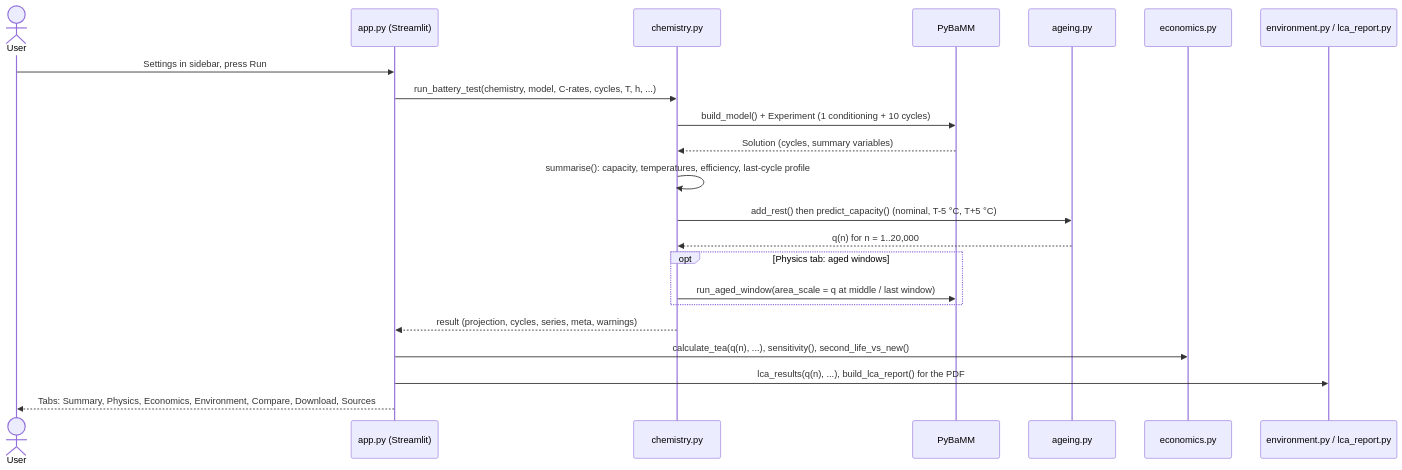
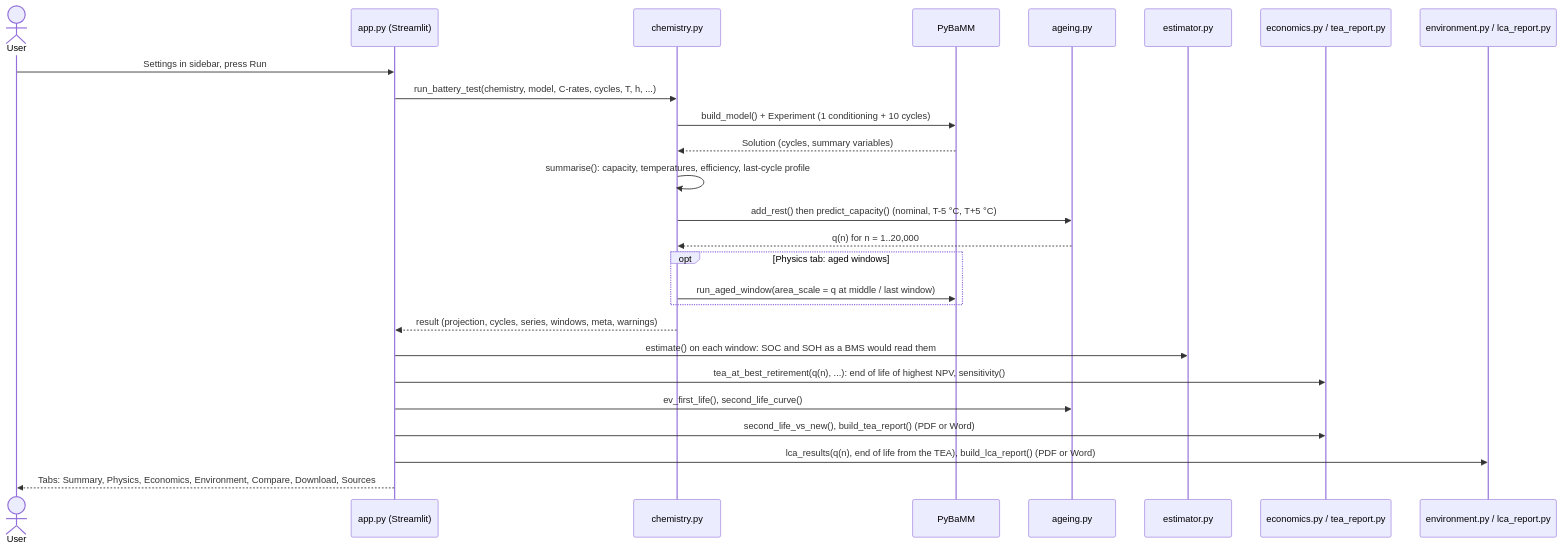
The third of 12 diagrams in README.md (TheJohn01/DigitalTwinBattery), drawn with Mermaid before and after one commit. The commit also changed other lines of this file and 5 other files, not shown here.

First line of the commit message:
README diagrams: add missing steps and figures, fix order

````diff
--- a/README.md
+++ b/README.md
@@ -313,24 +319,28 @@
 ```mermaid
 sequenceDiagram
     actor U as User
     participant A as app.py (Streamlit)
     participant C as chemistry.py
     participant P as PyBaMM
     participant G as ageing.py
-    participant E as economics.py
+    participant X as estimator.py
+    participant E as economics.py / tea_report.py
     participant L as environment.py / lca_report.py
     U->>A: Settings in sidebar, press Run
     A->>C: run_battery_test(chemistry, model, C-rates, cycles, T, h, ...)
     C->>P: build_model() + Experiment (1 conditioning + 10 cycles)
     P-->>C: Solution (cycles, summary variables)
     C->>C: summarise(): capacity, temperatures, efficiency, last-cycle profile
     C->>G: add_rest() then predict_capacity() (nominal, T-5 °C, T+5 °C)
     G-->>C: q(n) for n = 1..20,000
     opt Physics tab: aged windows
         C->>P: run_aged_window(area_scale = q at middle / last window)
     end
-    C-->>A: result (projection, cycles, series, meta, warnings)
-    A->>E: calculate_tea(q(n), ...), sensitivity(), second_life_vs_new()
-    A->>L: lca_results(q(n), ...), build_lca_report() for the PDF
+    C-->>A: result (projection, cycles, series, windows, meta, warnings)
+    A->>X: estimate() on each window: SOC and SOH as a BMS would read them
+    A->>E: tea_at_best_retirement(q(n), ...): end of life of highest NPV, sensitivity()
+    A->>G: ev_first_life(), second_life_curve()
+    A->>E: second_life_vs_new(), build_tea_report() (PDF or Word)
+    A->>L: lca_results(q(n), end of life from the TEA), build_lca_report() (PDF or Word)
     A-->>U: Tabs: Summary, Physics, Economics, Environment, Compare, Download, Sources
 ```
````
